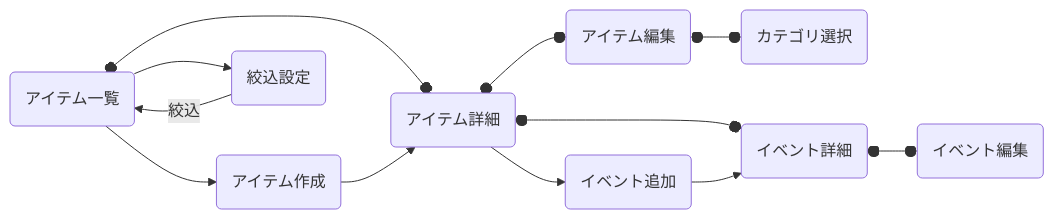
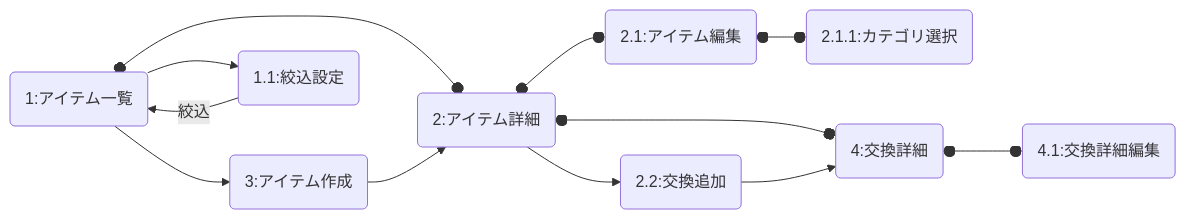
Before and after one commit to Little-Prayer/Portfolio-View: the third of 3 diagrams in readme.md, drawn with Mermaid. The commit also changed other lines of this file and 1 other file, not shown here.

````diff
--- a/readme.md
+++ b/readme.md
@@ -76,14 +83,14 @@
 ```mermaid
 graph LR
-List(アイテム一覧)o--oDetail(アイテム詳細)
-List -->NewItem(アイテム作成)
+List(1:アイテム一覧)o--oDetail(2:アイテム詳細)
+List -->NewItem(3:アイテム作成)
 NewItem -->Detail
-List -->Filter(絞込設定)
+List -->Filter(1.1:絞込設定)
 Filter -->|絞込|List
-Detail o--oEdit(アイテム編集)
-Edit o--oCatSelect(カテゴリ選択)
-Detail o--oEvent(イベント詳細)
-Event o--oEventEdit(イベント編集)
-Detail -->NewEvent(イベント追加)
+Detail o--oEdit(2.1:アイテム編集)
+Edit o--oCatSelect(2.1.1:カテゴリ選択)
+Detail o--oEvent(4:交換詳細)
+Event o--oEventEdit(4.1:交換詳細編集)
+Detail -->NewEvent(2.2:交換追加)
 NewEvent -->Event
 ```
````
